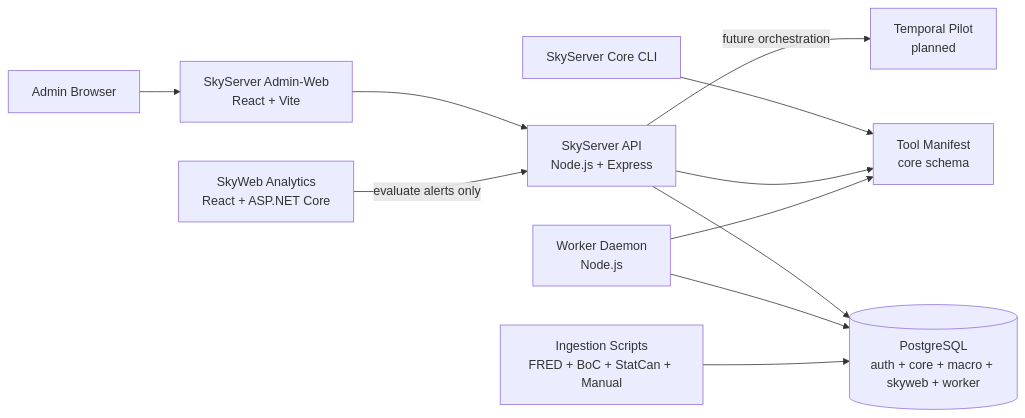
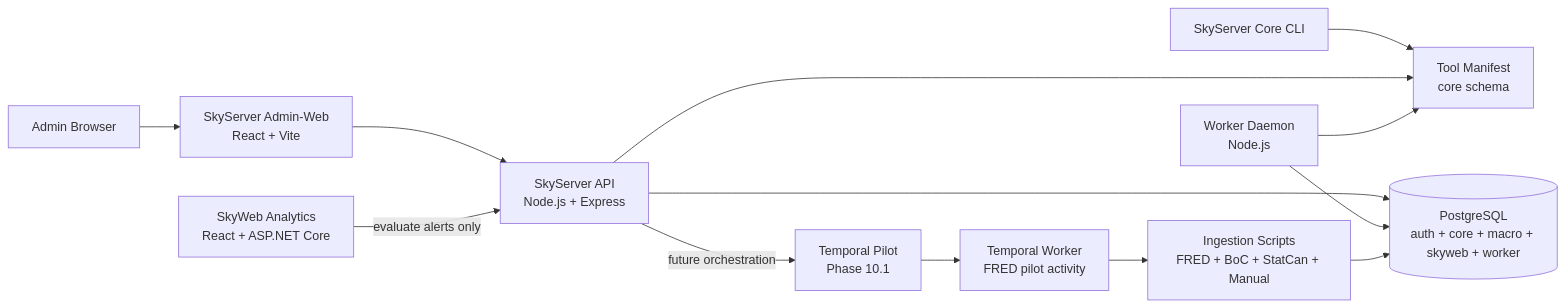
One commit to PStar1980/SkyCommand changed the diagram in README.md. Above: the diagram before and after it, drawn with Mermaid. The commit also changed other lines of this file and 18 other files, not shown here.

````diff
--- a/README.md
+++ b/README.md
@@ -54,13 +54,15 @@
 ```mermaid
 flowchart LR
     Admin[Admin Browser] --> AdminWeb["SkyServer Admin-Web<br/>React + Vite"]
     AdminWeb --> Api["SkyServer API<br/>Node.js + Express"]
     Core[SkyServer Core CLI] --> Tools["Tool Manifest<br/>core schema"]
     Api --> Tools
     Api --> Db[("PostgreSQL<br/>auth + core + macro + skyweb + worker")]
     Worker["Worker Daemon<br/>Node.js"] --> Db
     Worker --> Tools
     Ingestion["Ingestion Scripts<br/>FRED + BoC + StatCan + Manual"] --> Db
     SkyWeb["SkyWeb Analytics<br/>React + ASP.NET Core"] -->|evaluate alerts only| Api
-    Api -->|future orchestration| Temporal["Temporal Pilot<br/>planned"]
+    Api -->|future orchestration| Temporal["Temporal Pilot<br/>Phase 10.1"]
+    Temporal --> TemporalWorker["Temporal Worker<br/>FRED pilot activity"]
+    TemporalWorker --> Ingestion
 ```
````
